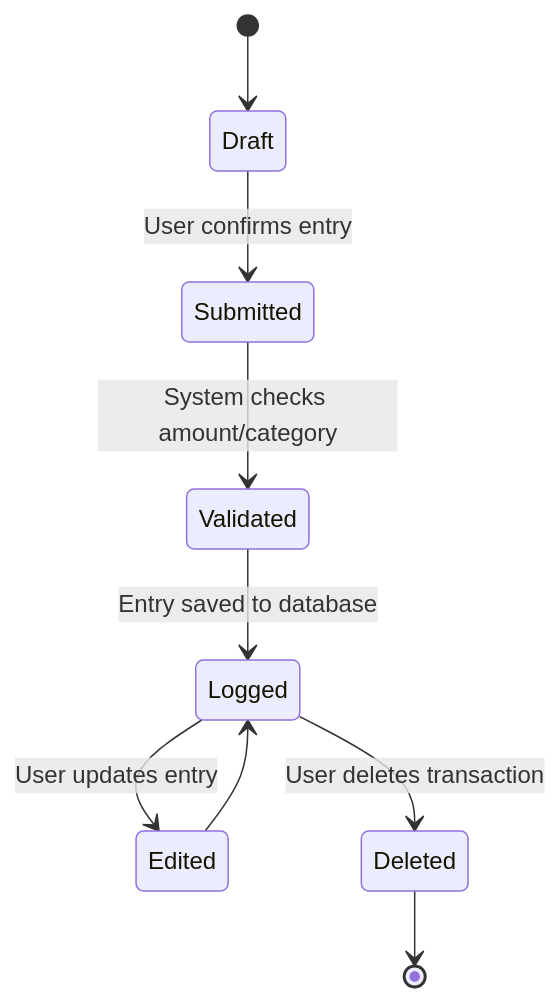
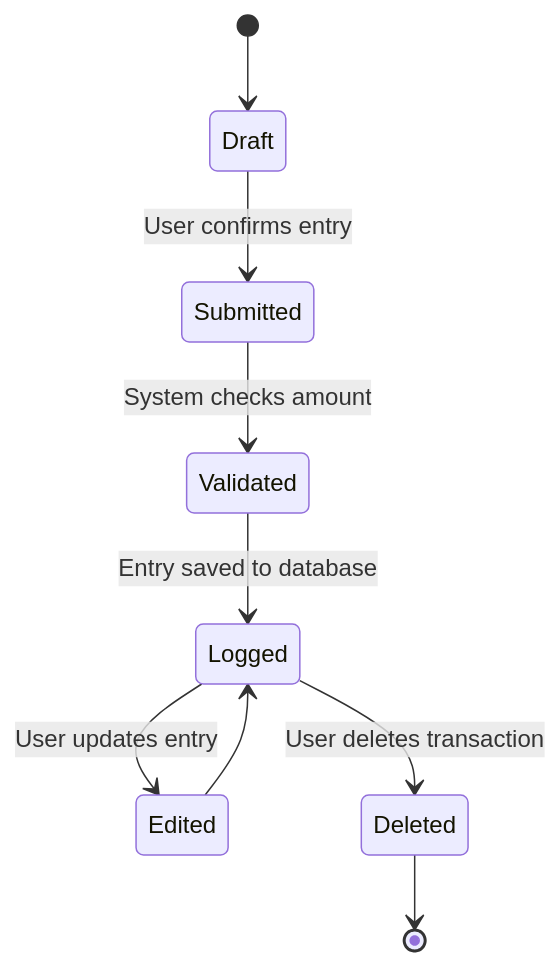
One commit to Wareezy/Budget_Tracker changed the first of 3 diagrams in Assignment_8/STATE_TRANSITION_DIAGRAMS.md. Above: the diagram before and after it, drawn with Mermaid.

````diff
--- a/Assignment_8/STATE_TRANSITION_DIAGRAMS.md
+++ b/Assignment_8/STATE_TRANSITION_DIAGRAMS.md
@@ -2,13 +2,13 @@
 ```mermaid
 
 stateDiagram-v2
     [*] --> Draft
     Draft --> Submitted : User confirms entry
-    Submitted --> Validated : System checks amount/category
+    Submitted --> Validated : System checks amount
     Validated --> Logged : Entry saved to database
     Logged --> Edited : User updates entry
     Logged --> Deleted : User deletes transaction
     Edited --> Logged
     Deleted --> [*]
 
 ```
````
